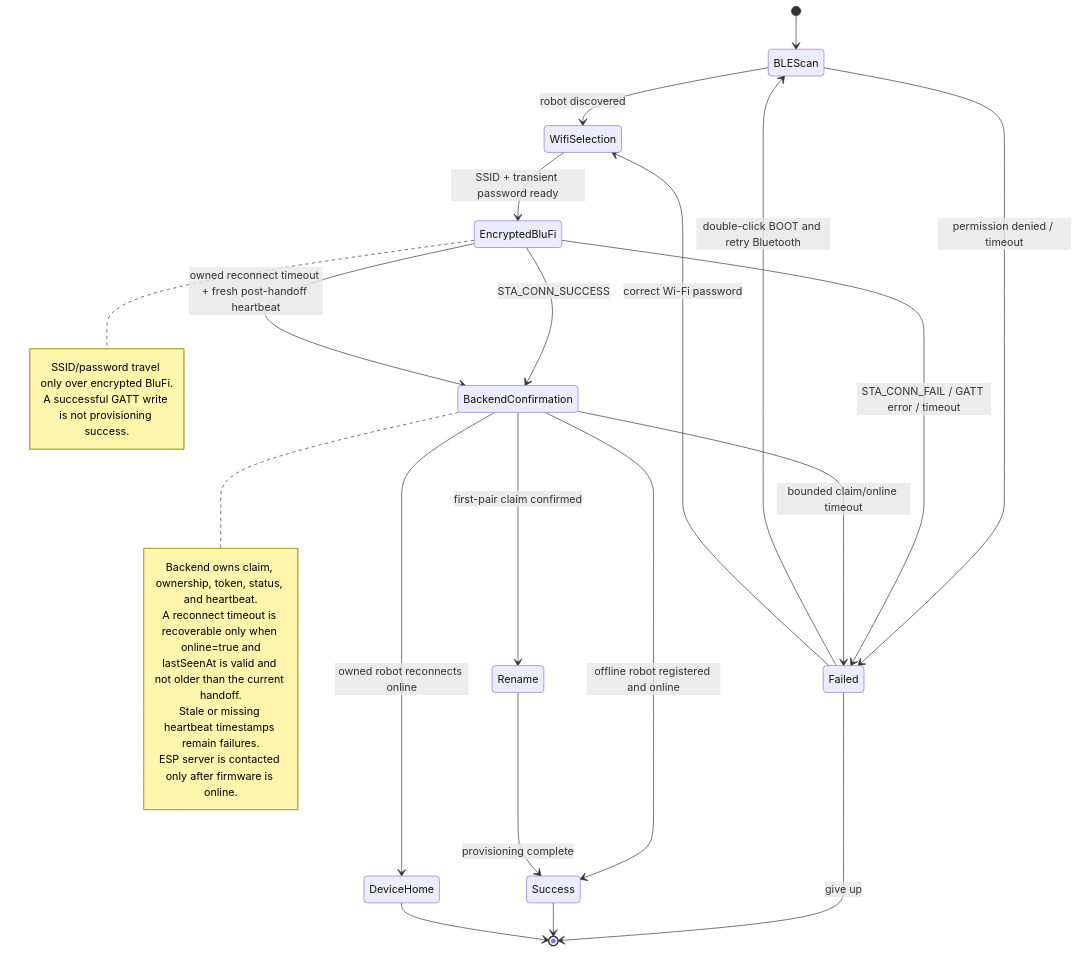
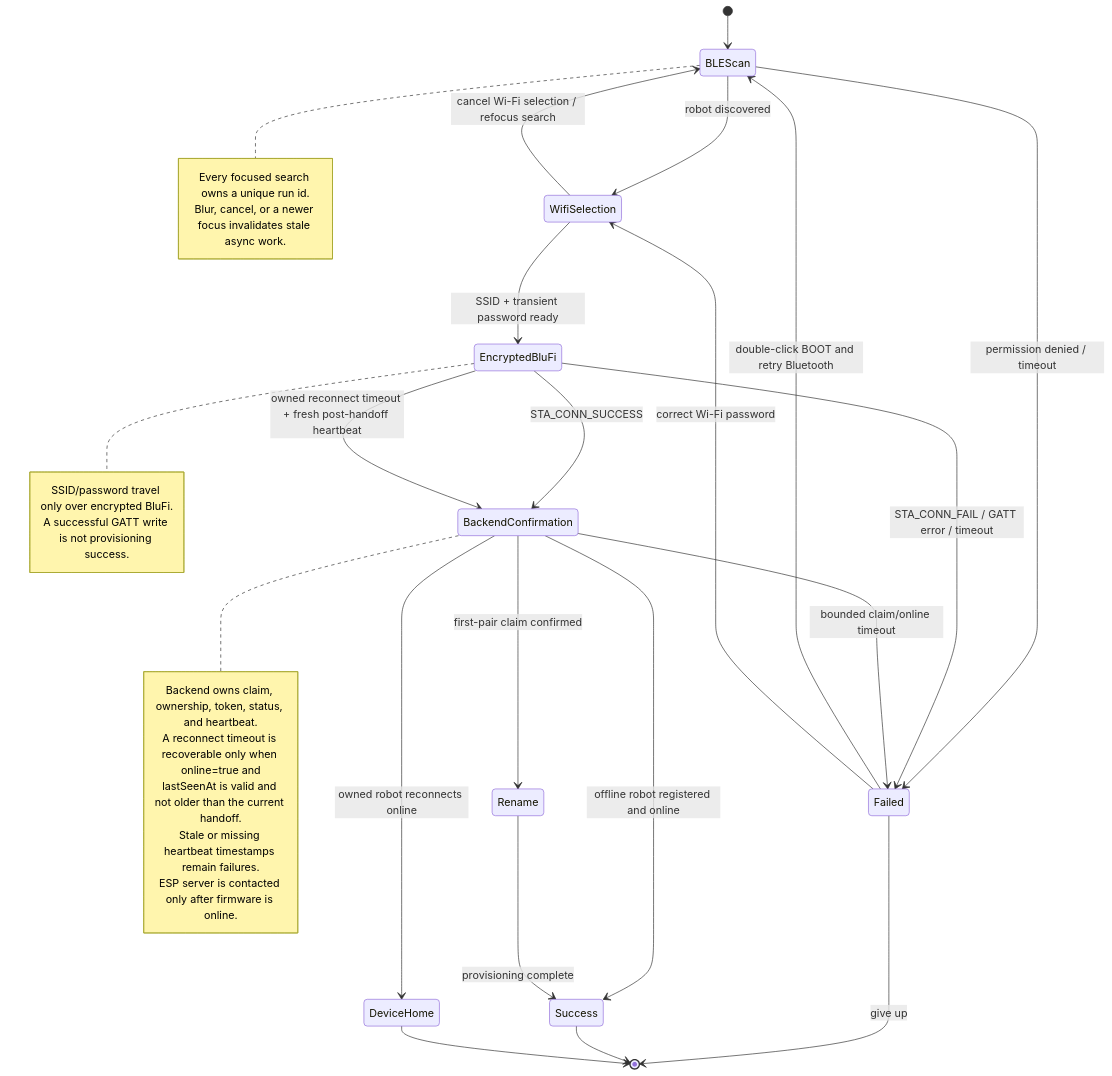
Before and after one commit to JSR-Algo/TJBOT-Mobile: the diagram in migrate-ui-ux-to-mobile-app-docs/state-machines/device-pairing.state.mmd, drawn with Mermaid. The commit also changed 12 other files, not shown here.

Commit message:
fix(pairing): resume scan and reset wifi selection

```diff
--- a/migrate-ui-ux-to-mobile-app-docs/state-machines/device-pairing.state.mmd
+++ b/migrate-ui-ux-to-mobile-app-docs/state-machines/device-pairing.state.mmd
@@ -1,31 +1,37 @@
 stateDiagram-v2
     [*] --> BLEScan
     BLEScan --> WifiSelection: robot discovered
     BLEScan --> Failed: permission denied / timeout
+    WifiSelection --> BLEScan: cancel Wi-Fi selection / refocus search
     WifiSelection --> EncryptedBluFi: SSID + transient password ready
     EncryptedBluFi --> Failed: STA_CONN_FAIL / GATT error / timeout
     EncryptedBluFi --> BackendConfirmation: STA_CONN_SUCCESS
     EncryptedBluFi --> BackendConfirmation: owned reconnect timeout + fresh post-handoff heartbeat
     BackendConfirmation --> Rename: first-pair claim confirmed
     BackendConfirmation --> Success: offline robot registered and online
     BackendConfirmation --> DeviceHome: owned robot reconnects online
     BackendConfirmation --> Failed: bounded claim/online timeout
     Failed --> BLEScan: double-click BOOT and retry Bluetooth
     Failed --> WifiSelection: correct Wi-Fi password
     Failed --> [*]: give up
     Rename --> Success: provisioning complete
     Success --> [*]
     DeviceHome --> [*]
 
     note right of EncryptedBluFi
       SSID/password travel only over encrypted BluFi.
       A successful GATT write is not provisioning success.
     end note
 
     note right of BackendConfirmation
       Backend owns claim, ownership, token, status, and heartbeat.
       A reconnect timeout is recoverable only when online=true and
       lastSeenAt is valid and not older than the current handoff.
       Stale or missing heartbeat timestamps remain failures.
       ESP server is contacted only after firmware is online.
     end note
+
+    note right of BLEScan
+      Every focused search owns a unique run id.
+      Blur, cancel, or a newer focus invalidates stale async work.
+    end note
```
